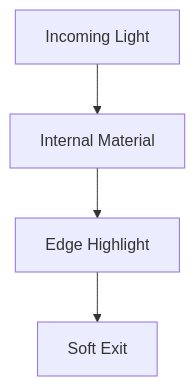
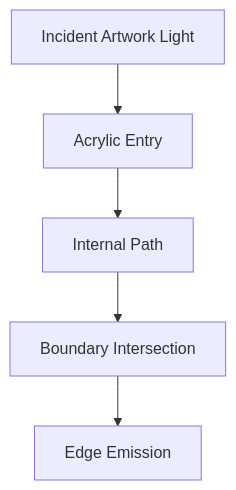
One commit to mosaic-media/architecture changed the fifth of 7 diagrams in docs/design/system/mds-003-material-system/09-light-transport.md. Above: the diagram before and after it, drawn with Mermaid. The commit also changed other lines of this file and 12 other files, not shown here.

Commit message:
docs(mds-003): define refraction architecture

````diff
--- a/docs/design/system/mds-003-material-system/09-light-transport.md
+++ b/docs/design/system/mds-003-material-system/09-light-transport.md
@@ -213,12 +310,14 @@
 ```mermaid
 flowchart TD
 
-N1["Incoming Light"]
-N2["Internal Material"]
-N3["Edge Highlight"]
-N4["Soft Exit"]
+N1["Incident Artwork Light"]
+N2["Acrylic Entry"]
+N3["Internal Path"]
+N4["Boundary Intersection"]
+N5["Edge Emission"]
 
 N1 --> N2
 N2 --> N3
 N3 --> N4
+N4 --> N5
 ```
````
